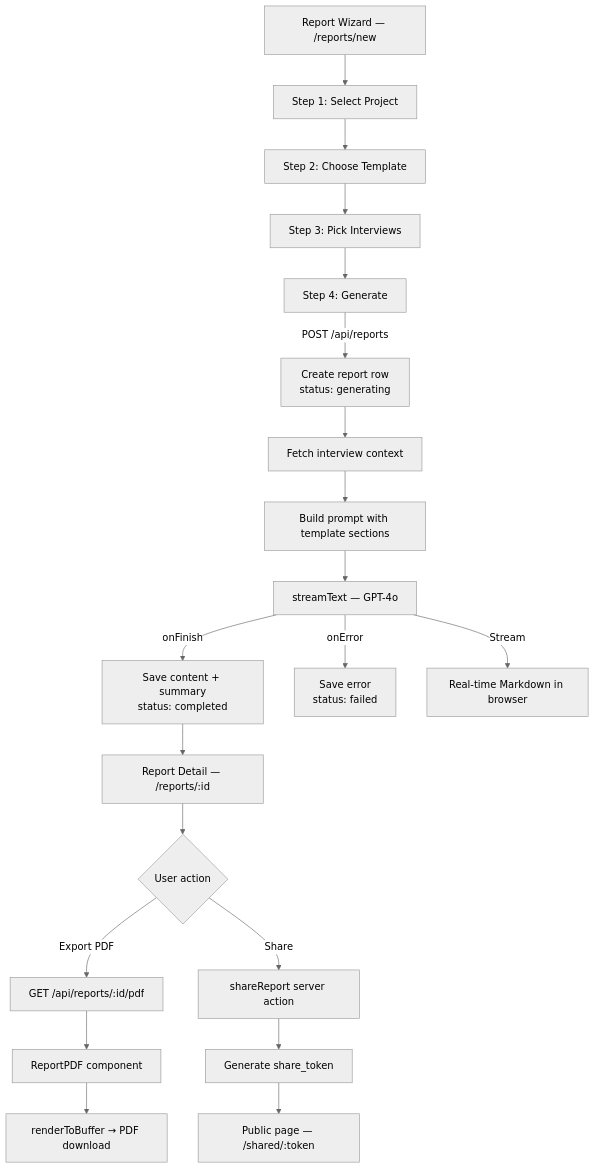
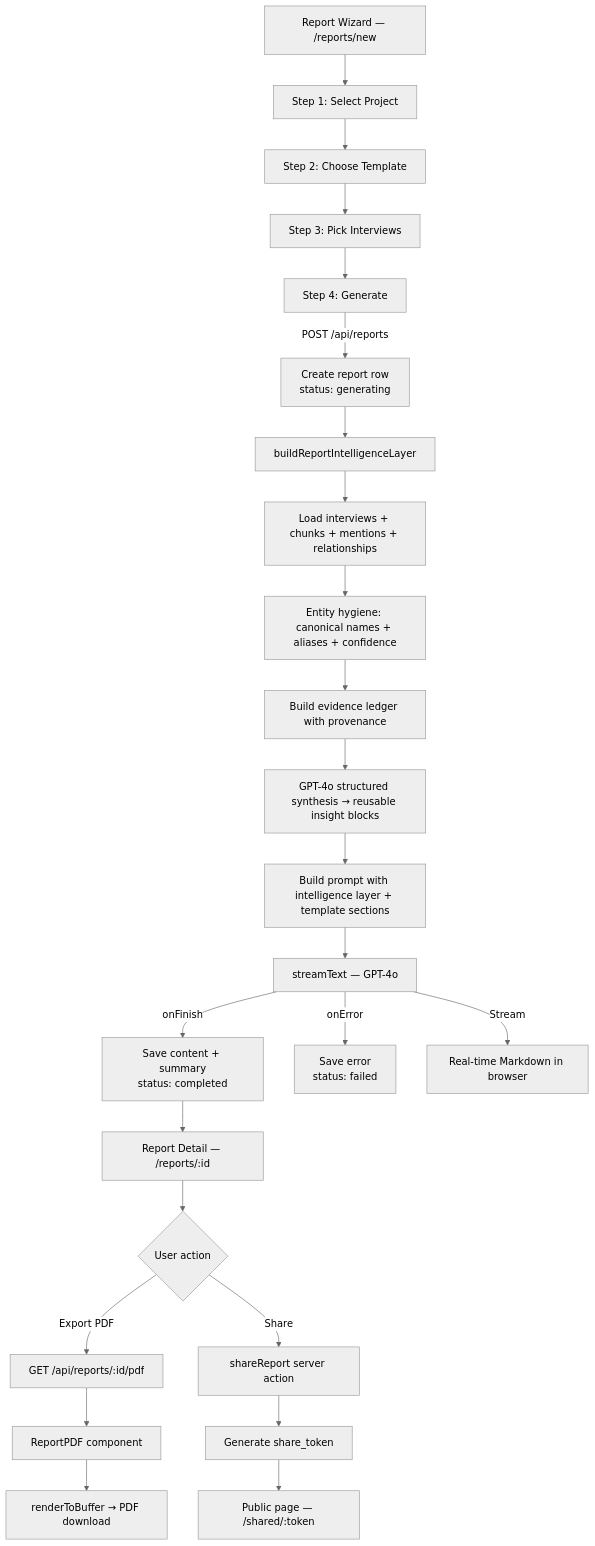
The diagram in docs/features/report-generation.md (carlosmatac/sovereign-data), drawn with Mermaid (neutral theme) before and after one commit. The commit also changed other lines of this file and 8 other files, not shown here.

First line of the commit message:
Add shared report intelligence layer and anchor-aware chunk normalization

````diff
--- a/docs/features/report-generation.md
+++ b/docs/features/report-generation.md
@@ -11,26 +11,30 @@
 ```mermaid
 flowchart TD
     A[Report Wizard — /reports/new] --> B[Step 1: Select Project]
     B --> C[Step 2: Choose Template]
     C --> D[Step 3: Pick Interviews]
     D --> E[Step 4: Generate]
 
     E -->|POST /api/reports| F[Create report row<br/>status: generating]
-    F --> G[Fetch interview context]
-    G --> H[Build prompt with template sections]
+    F --> IL[buildReportIntelligenceLayer]
+    IL --> IL1[Load interviews + chunks + mentions + relationships]
+    IL1 --> IL2[Entity hygiene: canonical names + aliases + confidence]
+    IL2 --> IL3[Build evidence ledger with provenance]
+    IL3 --> IL4[GPT-4o structured synthesis → reusable insight blocks]
+    IL4 --> H[Build prompt with intelligence layer + template sections]
     H --> I[streamText — GPT-4o]
     I -->|onFinish| J[Save content + summary<br/>status: completed]
     I -->|onError| K[Save error<br/>status: failed]
     I -->|Stream| L[Real-time Markdown in browser]
 
     J --> M[Report Detail — /reports/:id]
     M --> N{User action}
     N -->|Export PDF| O[GET /api/reports/:id/pdf]
     N -->|Share| P[shareReport server action]
 
     O --> Q[ReportPDF component]
     Q --> R[renderToBuffer → PDF download]
 
     P --> S[Generate share_token]
     S --> T[Public page — /shared/:token]
 ```
````
